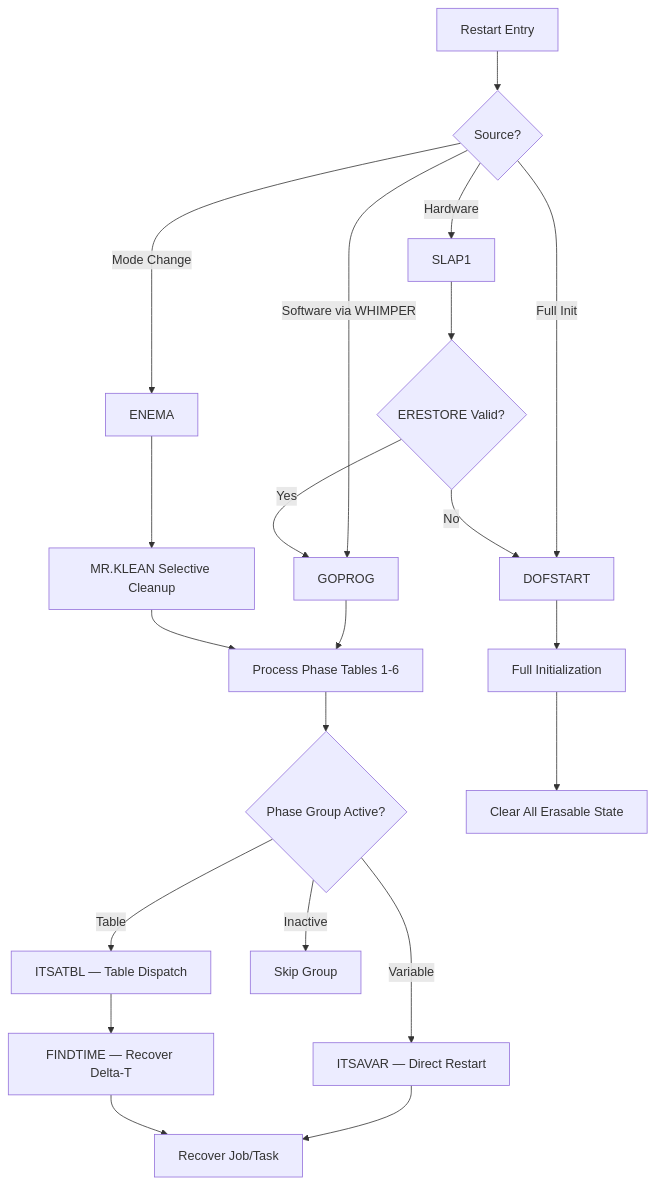
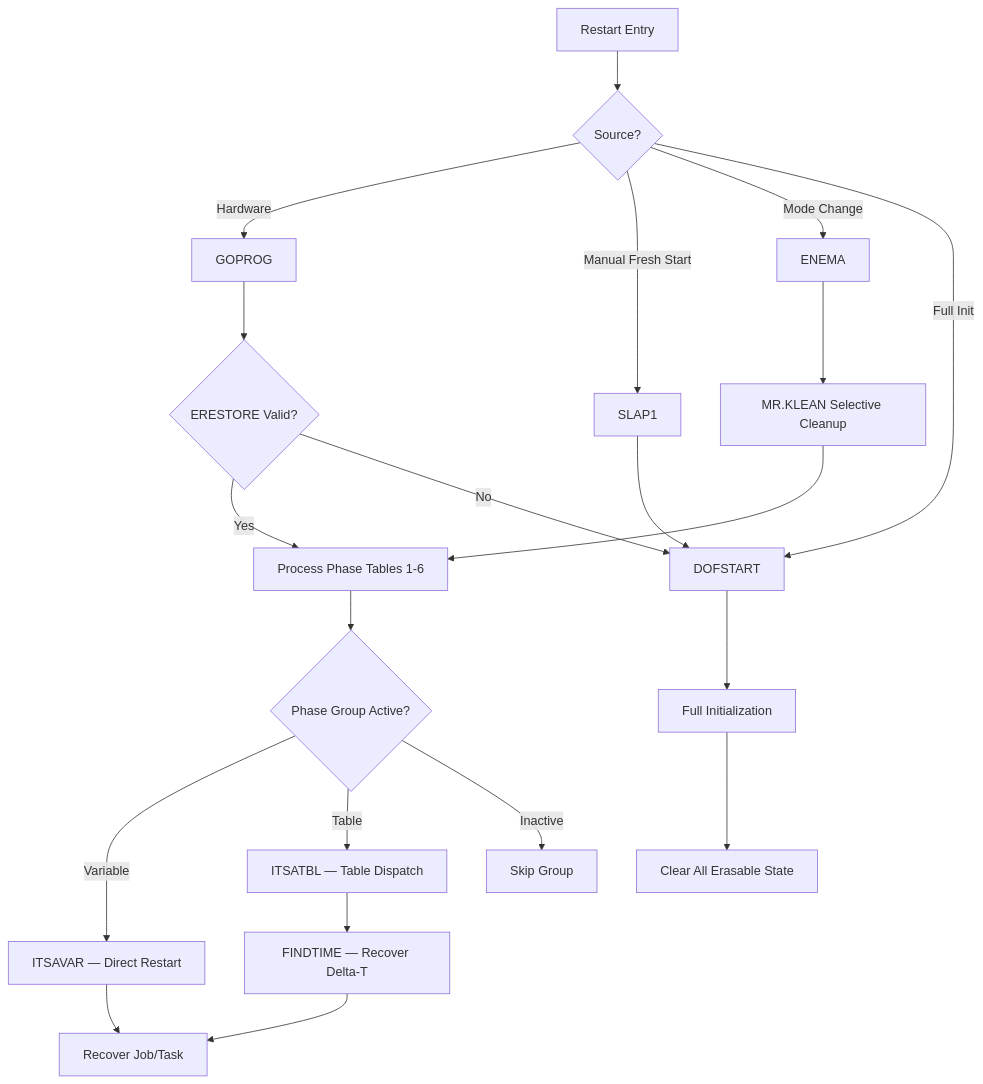
The fifth of 5 diagrams in docs/AGC_ENGINEERING_ANALYSIS.md (blitzy-public-samples/blitzy-Apollo-11), drawn with Mermaid before and after one commit.

Commit message:
fix: correct Restart Decision Tree diagram routing labels
Fix Diagram 5 (Restart Decision Tree) in AGC Engineering Analysis report
which had swapped Hardware/Manual routing labels and misplaced ERESTORE
check, creating an internal contradiction with the text table.

Changes:
- Hardware restart now correctly routes to GOPROG (was SLAP1)
- Manual Fresh Start now correctly routes to SLAP1 (was GOPROG)
- ERESTORE validity check now on GOPROG path (was on SLAP1 path)
- SLAP1 now routes directly to DOFSTART (was through ERESTORE check)

Verified against Comanche055/FRESH_START_AND_RESTART.agc:
- SLAP1 (line 145): MAN INITIATED FRESH START → falls through to DOFSTART
- GOPROG (line 290): HARDWARE RESTART → ERESTORE check → phase tables
- Diagram now consistent with text table at lines 204-210

````diff
--- a/docs/AGC_ENGINEERING_ANALYSIS.md
+++ b/docs/AGC_ENGINEERING_ANALYSIS.md
@@ -250,23 +250,23 @@
 ```mermaid
 flowchart TD
     A[Restart Entry] --> B{Source?}
-    B -->|Hardware| C[SLAP1]
-    B -->|Software via WHIMPER| D[GOPROG]
+    B -->|Hardware| D[GOPROG]
+    B -->|Manual Fresh Start| C[SLAP1]
     B -->|Mode Change| E[ENEMA]
     B -->|Full Init| F[DOFSTART]
-    C --> G{ERESTORE Valid?}
-    G -->|Yes| D
+    D --> G{ERESTORE Valid?}
+    G -->|Yes| H[Process Phase Tables 1-6]
     G -->|No| F
-    D --> H[Process Phase Tables 1-6]
+    C --> F
     H --> I{Phase Group Active?}
     I -->|Variable| J[ITSAVAR — Direct Restart]
     I -->|Table| K[ITSATBL — Table Dispatch]
     I -->|Inactive| L[Skip Group]
     J --> M[Recover Job/Task]
     K --> N[FINDTIME — Recover Delta-T]
     N --> M
     E --> O[MR.KLEAN Selective Cleanup]
     O --> H
     F --> P[Full Initialization]
     P --> Q[Clear All Erasable State]
 ```
````
